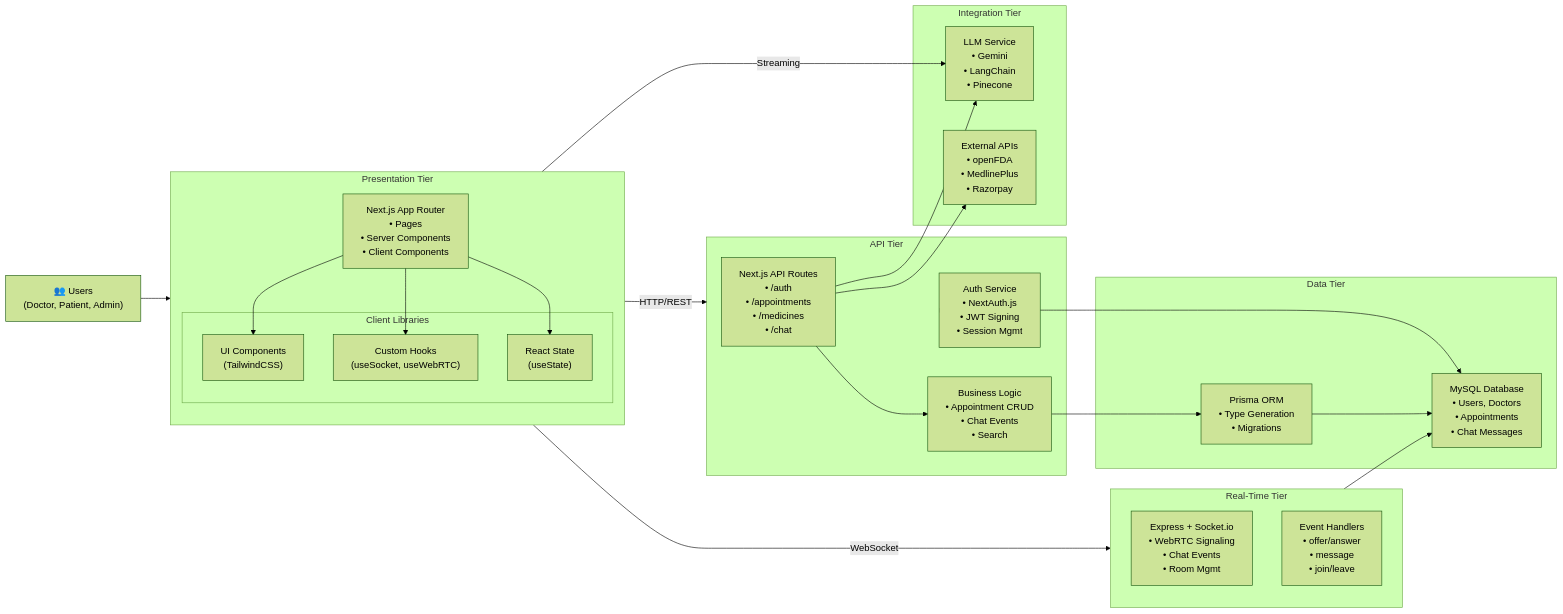
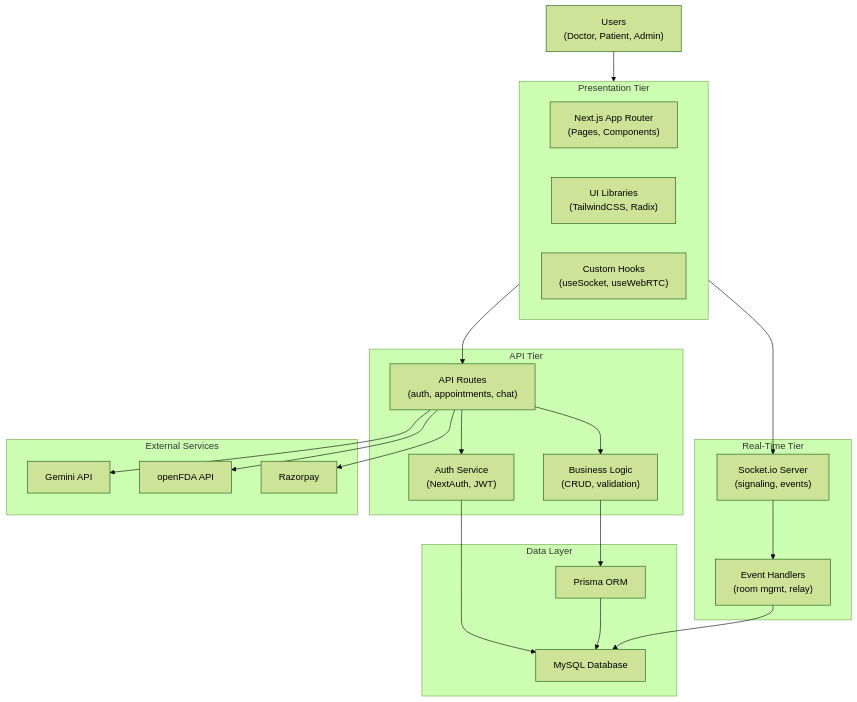
Before and after one commit to AkshayPratapSingh333/medispherev7: the second of 12 diagrams in README.md, drawn with Mermaid (forest theme). The commit also changed other lines of this file, not shown here.

Commit message:
Medicine and Disease Search using openFDA and MedlinePlus and README

````diff
--- a/README.md
+++ b/README.md
@@ -182,55 +182,49 @@
 ```mermaid
-flowchart LR
-    User["👥 Users<br/>(Doctor, Patient, Admin)"]
+graph TB
+    User["Users<br/>(Doctor, Patient, Admin)"]
     
     subgraph Presentation["Presentation Tier"]
-        NextApp["Next.js App Router<br/>• Pages<br/>• Server Components<br/>• Client Components"]
-        
-        subgraph ClientLib["Client Libraries"]
-            UI["UI Components<br/>(TailwindCSS)"]
-            Hooks["Custom Hooks<br/>(useSocket, useWebRTC)"]
-            State["React State<br/>(useState)"]
-        end
-        
-        NextApp --> UI
-        NextApp --> Hooks
-        NextApp --> State
+        NextApp["Next.js App Router<br/>(Pages, Components)"]
+        UI["UI Libraries<br/>(TailwindCSS, Radix)"]
+        Hooks["Custom Hooks<br/>(useSocket, useWebRTC)"]
     end
     
     subgraph API["API Tier"]
-        APIRoutes["Next.js API Routes<br/>• /auth<br/>• /appointments<br/>• /medicines<br/>• /chat"]
-        AuthService["Auth Service<br/>• NextAuth.js<br/>• JWT Signing<br/>• Session Mgmt"]
-        BizLogic["Business Logic<br/>• Appointment CRUD<br/>• Chat Events<br/>• Search"]
+        APIRoutes["API Routes<br/>(auth, appointments, chat)"]
+        AuthService["Auth Service<br/>(NextAuth, JWT)"]
+        BizLogic["Business Logic<br/>(CRUD, validation)"]
     end
     
     subgraph RealTime["Real-Time Tier"]
-        SocketServer["Express + Socket.io<br/>• WebRTC Signaling<br/>• Chat Events<br/>• Room Mgmt"]
-        Handlers["Event Handlers<br/>• offer/answer<br/>• message<br/>• join/leave"]
+        SocketServer["Socket.io Server<br/>(signaling, events)"]
+        Handlers["Event Handlers<br/>(room mgmt, relay)"]
     end
     
-    subgraph Data["Data Tier"]
-        Prisma["Prisma ORM<br/>• Type Generation<br/>• Migrations"]
-        MySQL["MySQL Database<br/>• Users, Doctors<br/>• Appointments<br/>• Chat Messages"]
+    subgraph Data["Data Layer"]
+        Prisma["Prisma ORM"]
+        MySQL["MySQL Database"]
     end
     
-    subgraph Integration["Integration Tier"]
-        LLM["LLM Service<br/>• Gemini<br/>• LangChain<br/>• Pinecone"]
-        ExternalAPI["External APIs<br/>• openFDA<br/>• MedlinePlus<br/>• Razorpay"]
+    subgraph External["External Services"]
+        Gemini["Gemini API"]
+        OpenFDA["openFDA API"]
+        Razorpay["Razorpay"]
     end
     
     User --> Presentation
-    Presentation -->|HTTP/REST| API
-    Presentation -->|WebSocket| RealTime
-    Presentation -->|Streaming| LLM
+    Presentation --> APIRoutes
+    Presentation --> SocketServer
     
-    API --> AuthService
+    APIRoutes --> AuthService
+    APIRoutes --> BizLogic
     AuthService --> MySQL
     BizLogic --> Prisma
     Prisma --> MySQL
     
-    RealTime --> MySQL
+    SocketServer --> Handlers
+    Handlers --> MySQL
     
-    APIRoutes --> BizLogic
-    APIRoutes --> ExternalAPI
-    APIRoutes --> LLM
+    APIRoutes --> Gemini
+    APIRoutes --> OpenFDA
+    APIRoutes --> Razorpay
 ```
````
